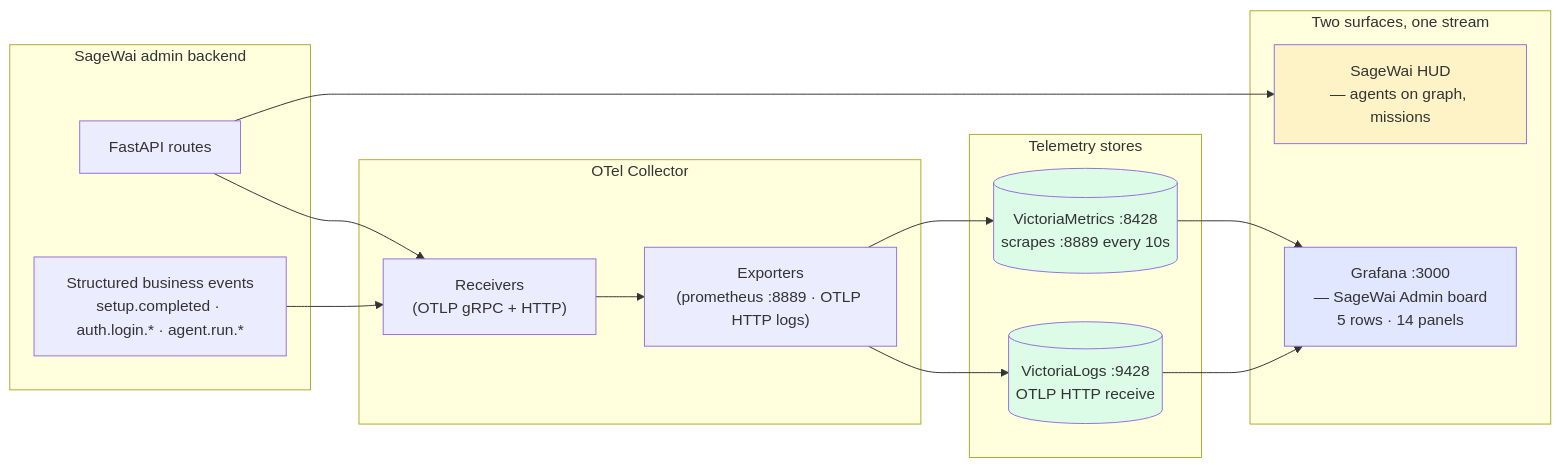
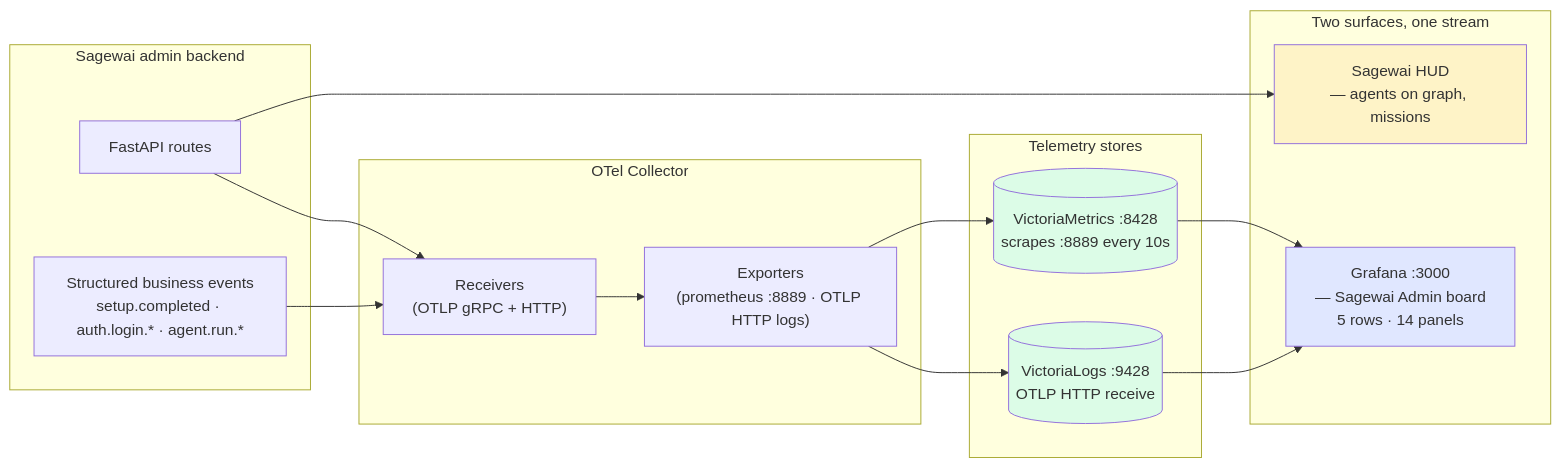
The diagram in apps/docs/app/docs/tutorials/observability-and-cost/page.mdx (sagewai/platform), drawn with Mermaid before and after one commit. The commit also changed other lines of this file and 30 other files, not shown here.

First line of the commit message:
[docs] site overhaul phase 4: tutorials + architecture + reference rewrite (#345)

````diff
--- a/apps/docs/app/docs/tutorials/observability-and-cost/page.mdx
+++ b/apps/docs/app/docs/tutorials/observability-and-cost/page.mdx
@@ -21,36 +21,36 @@
 ```mermaid
 flowchart LR
-    subgraph App["SageWai admin backend"]
+    subgraph App["Sagewai admin backend"]
         Routes["FastAPI routes"]
         Events["Structured business events<br/>setup.completed · auth.login.* · agent.run.*"]
     end
 
     subgraph Collector["OTel Collector"]
         OR["Receivers<br/>(OTLP gRPC + HTTP)"]
         OE["Exporters<br/>(prometheus :8889 · OTLP HTTP logs)"]
     end
 
     subgraph Stores["Telemetry stores"]
         VM[("VictoriaMetrics :8428<br/>scrapes :8889 every 10s")]
         VL[("VictoriaLogs :9428<br/>OTLP HTTP receive")]
     end
 
     subgraph Dashboards["Two surfaces, one stream"]
-        HUD["SageWai HUD<br/>— agents on graph, missions"]
-        Grafana["Grafana :3000<br/>— SageWai Admin board<br/>5 rows · 14 panels"]
+        HUD["Sagewai HUD<br/>— agents on graph, missions"]
+        Grafana["Grafana :3000<br/>— Sagewai Admin board<br/>5 rows · 14 panels"]
     end
 
     Routes --> OR
     Events --> OR
     OR --> OE
     OE --> VM
     OE --> VL
     VM --> Grafana
     VL --> Grafana
     Routes --> HUD
 
     style HUD fill:#fef3c7
     style Grafana fill:#e0e7ff
     style VM fill:#dcfce7
     style VL fill:#dcfce7
 ```
````
